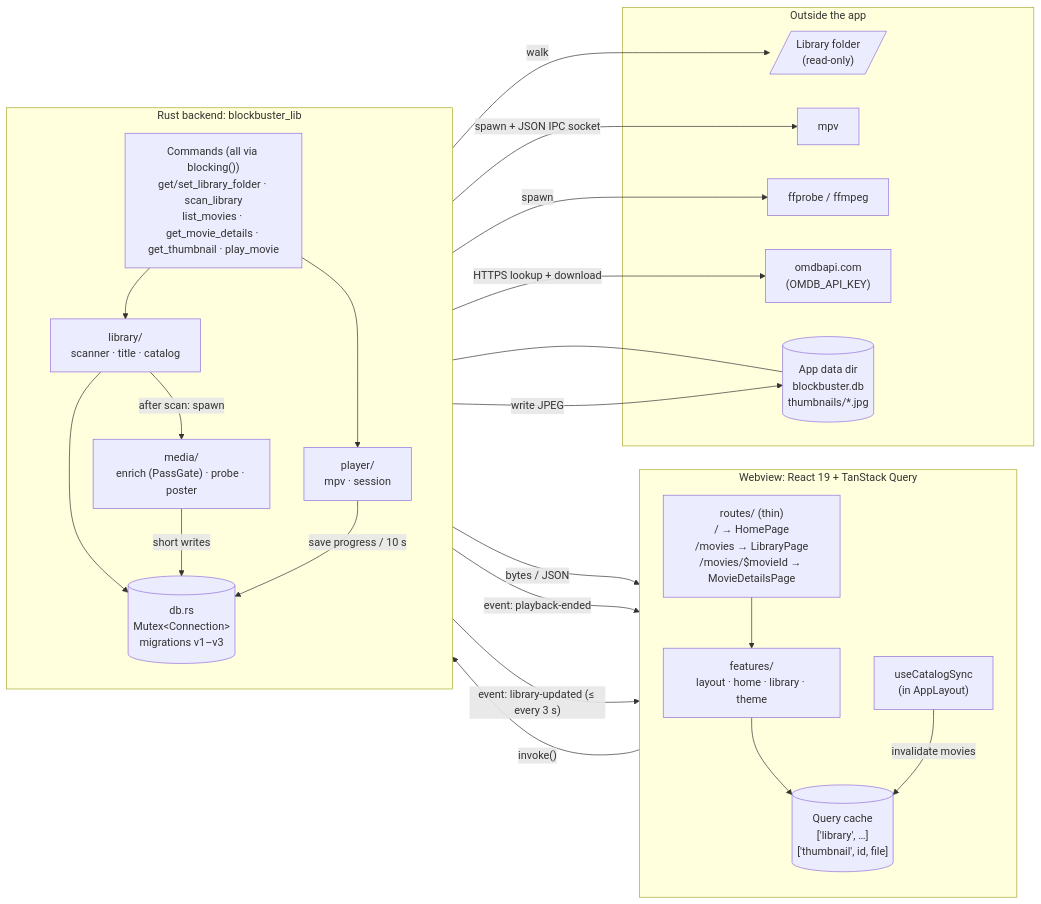
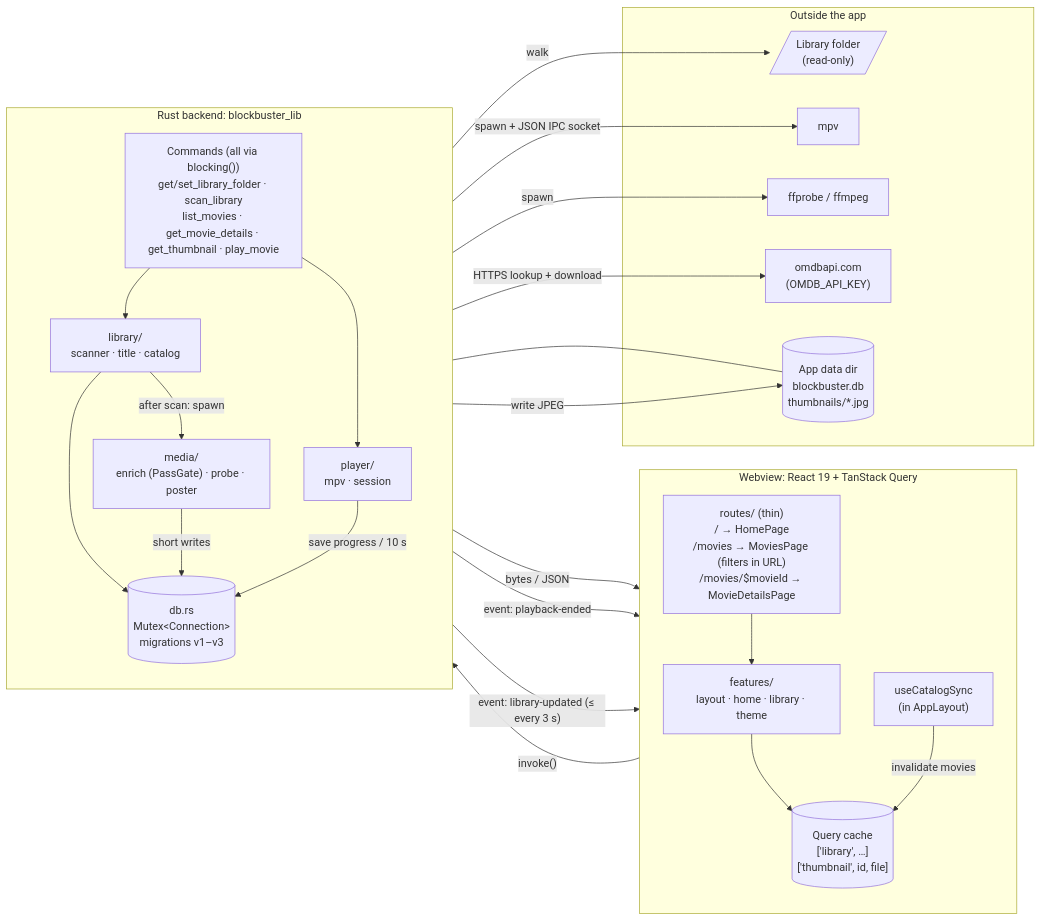
The first of 3 diagrams in docs/architecture.md (jintu-das/blockbuster), drawn with Mermaid before and after one commit. The commit also changed 16 other files, not shown here.

First line of the commit message:
refactor: restructure movie library components and implement filtering

````diff
--- a/docs/architecture.md
+++ b/docs/architecture.md
@@ -9,46 +9,46 @@
 ```mermaid
 flowchart LR
   subgraph WV["Webview: React 19 + TanStack Query"]
     direction TB
-    R["routes/ (thin)<br/>/ → HomePage<br/>/movies → LibraryPage<br/>/movies/$movieId → MovieDetailsPage"]
+    R["routes/ (thin)<br/>/ → HomePage<br/>/movies → MoviesPage (filters in URL)<br/>/movies/$movieId → MovieDetailsPage"]
     F["features/<br/>layout · home · library · theme"]
     Q[("Query cache<br/>['library', …]<br/>['thumbnail', id, file]")]
     S["useCatalogSync<br/>(in AppLayout)"]
     R --> F --> Q
   end
 
   subgraph RS["Rust backend: blockbuster_lib"]
     direction TB
     CMD["Commands (all via blocking())<br/>get/set_library_folder · scan_library<br/>list_movies · get_movie_details · get_thumbnail · play_movie"]
     LIB["library/<br/>scanner · title · catalog"]
     PLY["player/<br/>mpv · session"]
     MED["media/<br/>enrich (PassGate) · probe · poster"]
     DB[("db.rs<br/>Mutex#lt;Connection#gt;<br/>migrations v1–v3")]
     CMD --> LIB --> DB
     CMD --> PLY
     LIB -- "after scan: spawn" --> MED
     MED -- "short writes" --> DB
     PLY -- "save progress / 10 s" --> DB
   end
 
   subgraph EXT["Outside the app"]
     FS[/"Library folder<br/>(read-only)"/]
     MPV["mpv"]
     FF["ffprobe / ffmpeg"]
     OMDB["omdbapi.com<br/>(OMDB_API_KEY)"]
     DATA[("App data dir<br/>blockbuster.db<br/>thumbnails/*.jpg")]
   end
 
   F -- "invoke()" --> CMD
   CMD -- "bytes / JSON" --> F
   PLY -- "event: playback-ended" --> S
   MED -- "event: library-updated (≤ every 3 s)" --> S
   S -- "invalidate movies" --> Q
 
   LIB -- "walk" --> FS
   PLY -- "spawn + JSON IPC socket" --> MPV
   MED -- "spawn" --> FF
   MED -- "HTTPS lookup + download" --> OMDB
   DB --- DATA
   MED -- "write JPEG" --> DATA
 ```
````
